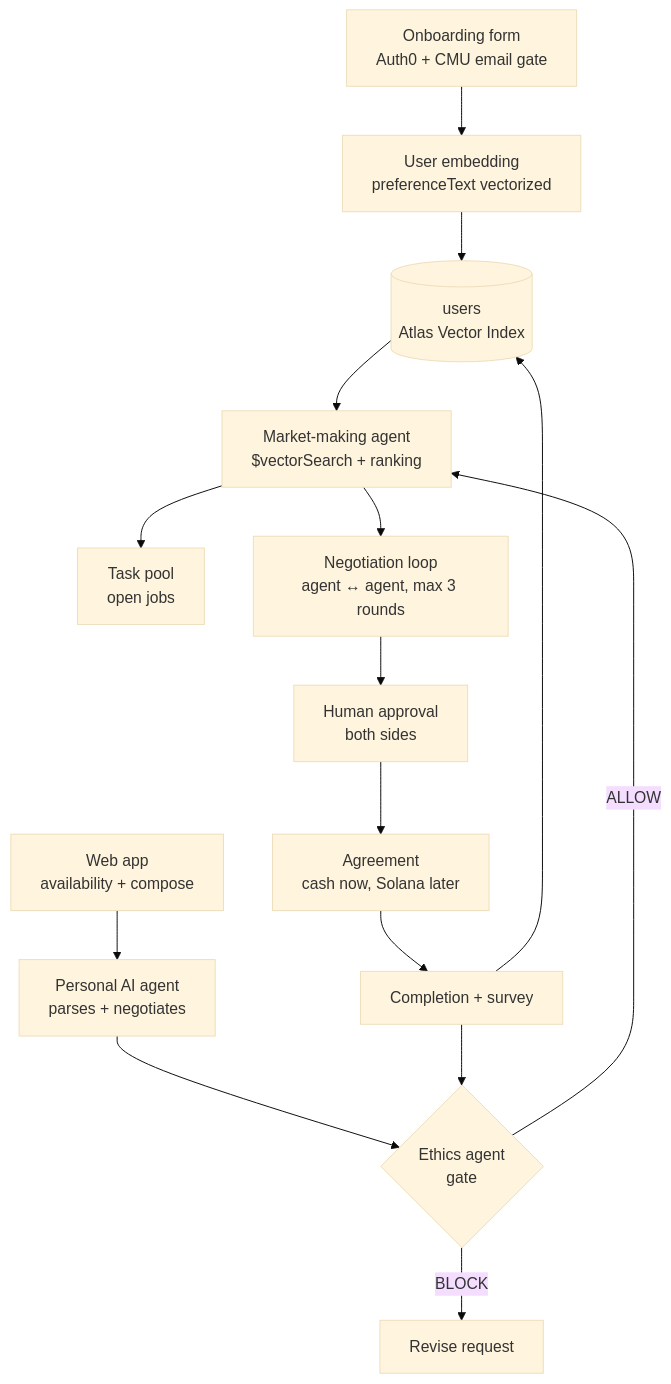
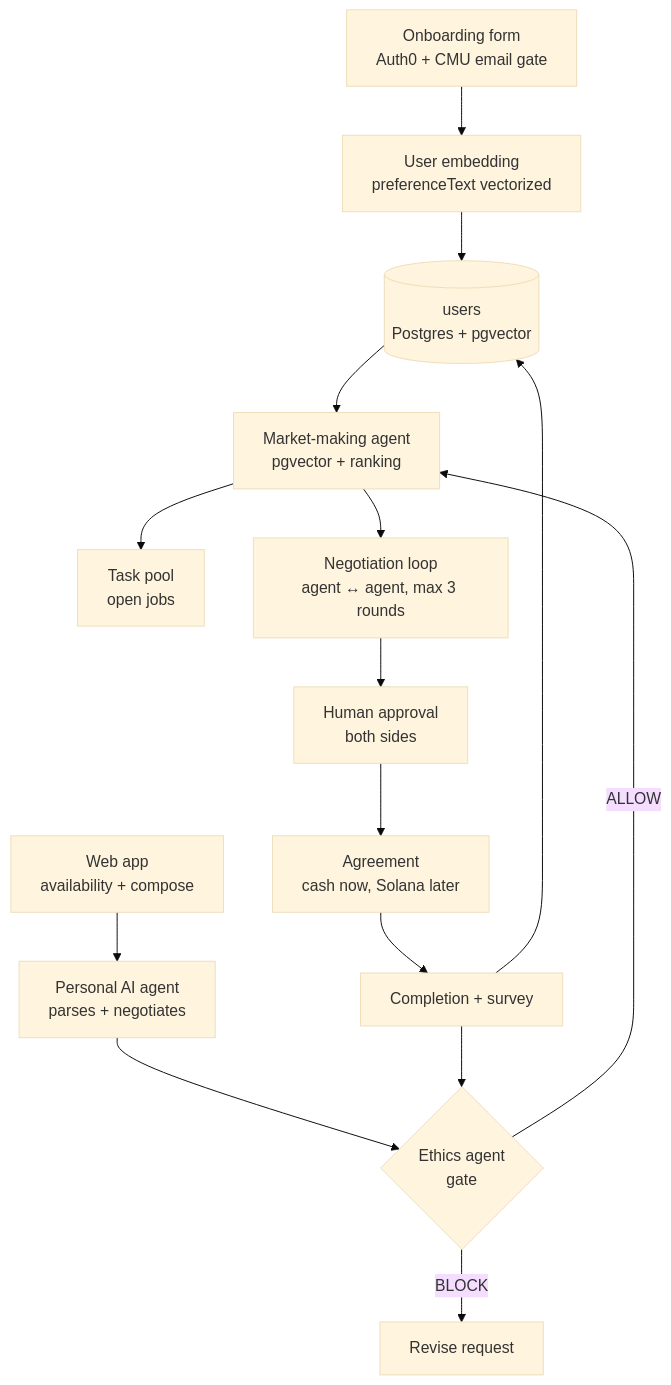
The diagram in gotchu-hackathon-spec.md (SunfishTK1/sightline-hackathon), drawn with Mermaid (base theme) before and after one commit. The commit also changed other lines of this file and 36 other files, not shown here.

````diff
--- a/gotchu-hackathon-spec.md
+++ b/gotchu-hackathon-spec.md
@@ -607,17 +575,17 @@
 ```mermaid
 flowchart TD
   A[Onboarding form<br/>Auth0 + CMU email gate] --> B[User embedding<br/>preferenceText vectorized]
-  B --> C[(users<br/>Atlas Vector Index)]
+  B --> C[(users<br/>Postgres + pgvector)]
   D[Web app<br/>availability + compose] --> E[Personal AI agent<br/>parses + negotiates]
   E --> F{Ethics agent<br/>gate}
   F -->|BLOCK| G[Revise request]
-  F -->|ALLOW| H[Market-making agent<br/>$vectorSearch + ranking]
+  F -->|ALLOW| H[Market-making agent<br/>pgvector + ranking]
   C --> H
   H --> I[Task pool<br/>open jobs]
   H --> J[Negotiation loop<br/>agent ↔ agent, max 3 rounds]
   J --> K[Human approval<br/>both sides]
   K --> L[Agreement<br/>cash now, Solana later]
   L --> M[Completion + survey]
   M --> F
   M --> C
 ```
````
